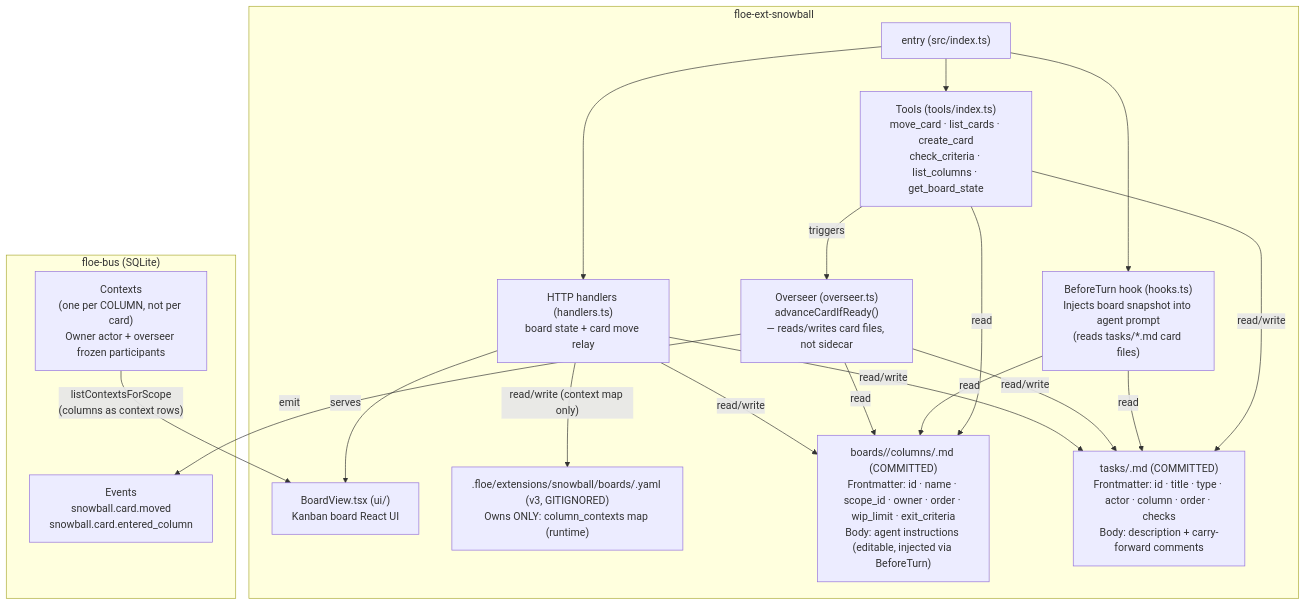
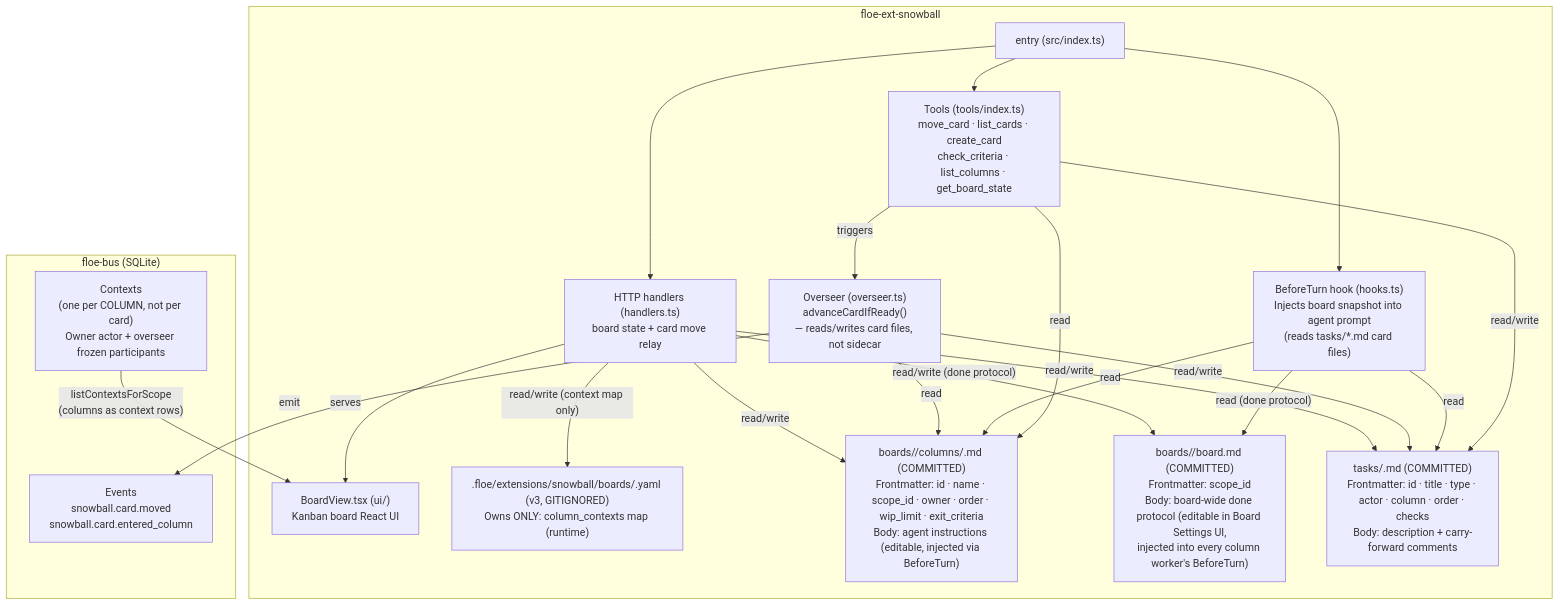
Before and after one commit to floe-ai/floe-subtrate: the eighth of 12 diagrams in docs/architecture/overview.md, drawn with Mermaid. The commit also changed other lines of this file and 10 other files, not shown here.

````diff
--- a/docs/architecture/overview.md
+++ b/docs/architecture/overview.md
@@ -319,54 +319,60 @@
 ```mermaid
 graph TD
     subgraph EXT["floe-ext-snowball"]
         SBX["entry (src/index.ts)"]
         HOOK["BeforeTurn hook (hooks.ts)
 Injects board snapshot into agent prompt
 (reads tasks/*.md card files)"]
         TOOLS["Tools (tools/index.ts)
 move_card · list_cards · create_card
 check_criteria · list_columns · get_board_state"]
         OVERSEER["Overseer (overseer.ts)
 advanceCardIfReady()
 — reads/writes card files, not sidecar"]
         HTTP["HTTP handlers (handlers.ts)
 board state + card move relay"]
         UI["BoardView.tsx (ui/)
 Kanban board React UI"]
         SIDECAR[".floe/extensions/snowball/boards/<slug>.yaml (v3, GITIGNORED)
 Owns ONLY: column_contexts map (runtime)"]
         COL_FILES["boards/<slug>/columns/<id>.md (COMMITTED)
 Frontmatter: id · name · scope_id · owner · order · wip_limit · exit_criteria
 Body: agent instructions (editable, injected via BeforeTurn)"]
+        BOARD_FILE["boards/<slug>/board.md (COMMITTED)
+Frontmatter: scope_id
+Body: board-wide done protocol (editable in Board Settings UI,
+injected into every column worker's BeforeTurn)"]
         CARDS["tasks/<id>.md (COMMITTED)
 Frontmatter: id · title · type · actor · column · order · checks
 Body: description + carry-forward comments"]
     end
 
     subgraph BUS["floe-bus (SQLite)"]
         BUS_EV["Events
 snowball.card.moved
 snowball.card.entered_column"]
         BUS_CTX["Contexts
 (one per COLUMN, not per card)
 Owner actor + overseer frozen participants"]
     end
 
     SBX --> HOOK
     SBX --> TOOLS
     SBX --> HTTP
     TOOLS -->|"read/write"| CARDS
     TOOLS -->|"read"| COL_FILES
     HOOK -->|"read"| CARDS
     HOOK -->|"read"| COL_FILES
+    HOOK -->|"read (done protocol)"| BOARD_FILE
     OVERSEER -->|"read/write"| CARDS
     OVERSEER -->|"read"| COL_FILES
     TOOLS -->|"triggers"| OVERSEER
     OVERSEER -->|"emit"| BUS_EV
     HTTP -->|"read/write"| COL_FILES
     HTTP -->|"read/write"| CARDS
+    HTTP -->|"read/write (done protocol)"| BOARD_FILE
     HTTP -->|"read/write (context map only)"| SIDECAR
     HTTP -->|"serves"| UI
     BUS_CTX -->|"listContextsForScope
 (columns as context rows)"| UI
 ```
````
